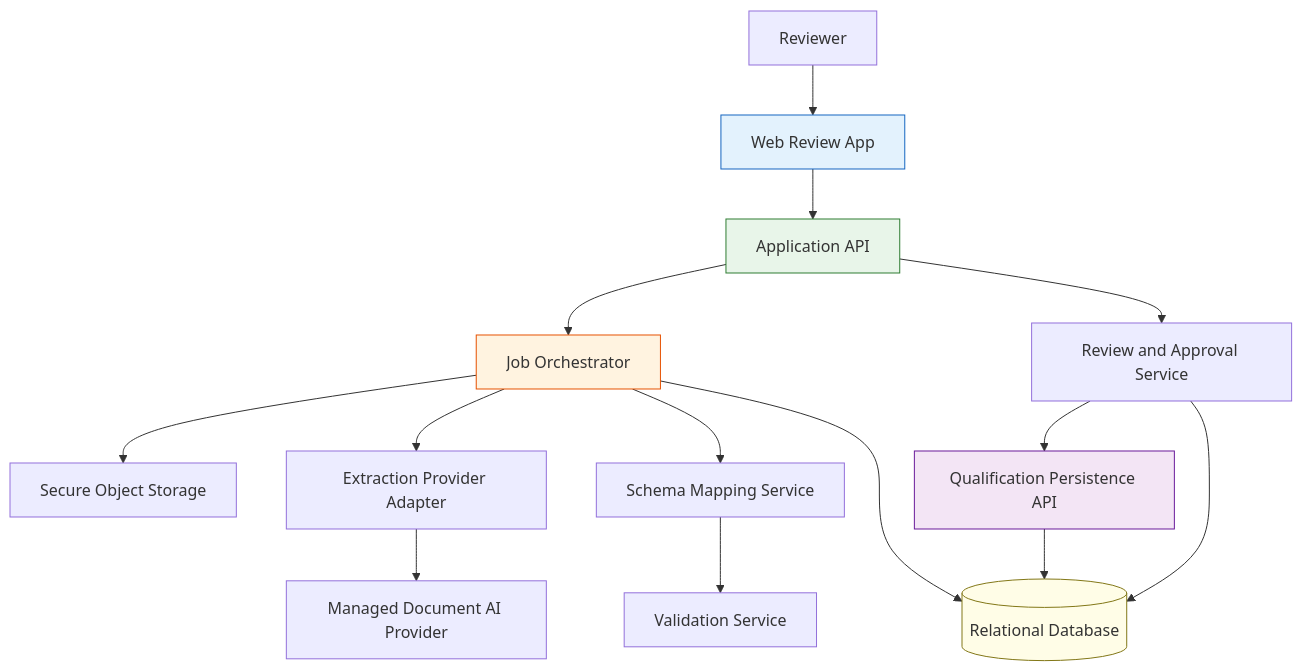
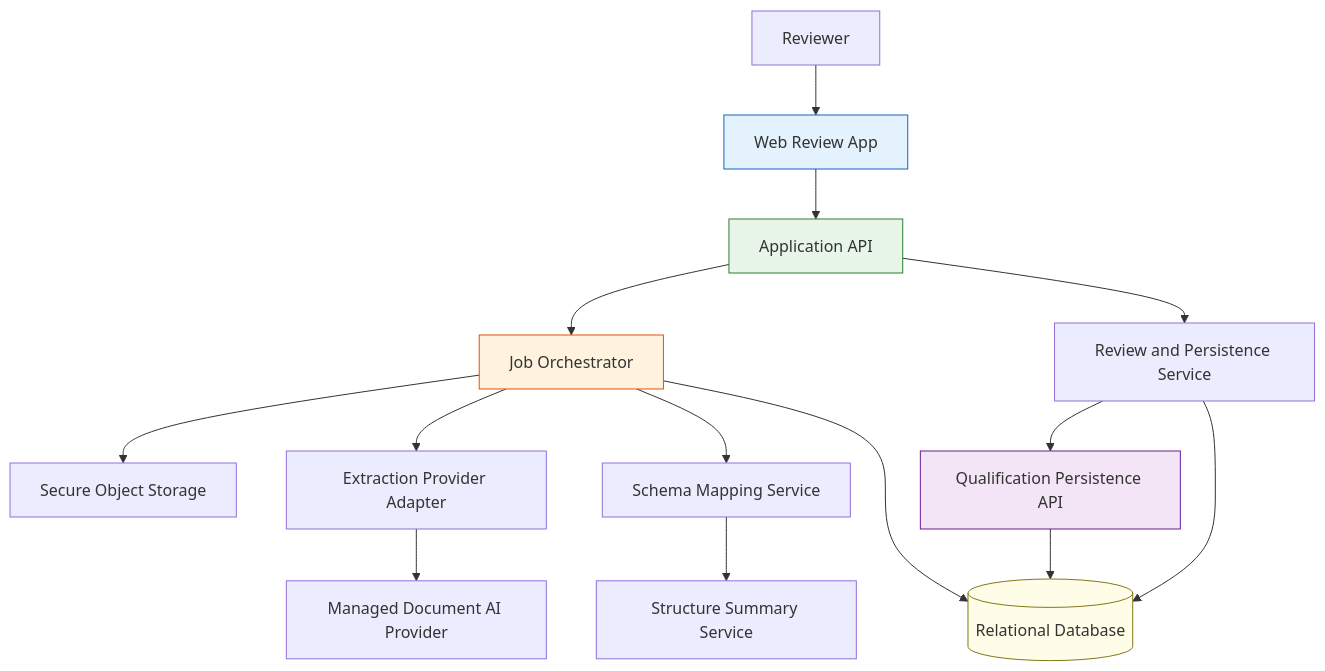
Before and after one commit to ranjivs64/QualsDemo: the first of 2 diagrams in docs/artifacts/adr/ADR-1.md, drawn with Mermaid. The commit also changed other lines of this file and 13 other files, not shown here.

````diff
--- a/docs/artifacts/adr/ADR-1.md
+++ b/docs/artifacts/adr/ADR-1.md
@@ -152,22 +152,22 @@
 ```mermaid
 graph TD
  U[Reviewer] --> W[Web Review App]
  W --> A[Application API]
  A --> J[Job Orchestrator]
- A --> R[Review and Approval Service]
+ A --> R[Review and Persistence Service]
  J --> S[Secure Object Storage]
  J --> X[Extraction Provider Adapter]
  X --> P[Managed Document AI Provider]
  J --> M[Schema Mapping Service]
- M --> V[Validation Service]
+ M --> V[Structure Summary Service]
  R --> Q[Qualification Persistence API]
  Q --> D[(Relational Database)]
  R --> D
  J --> D
 
  style W fill:#E3F2FD,stroke:#1565C0
  style A fill:#E8F5E9,stroke:#2E7D32
  style J fill:#FFF3E0,stroke:#E65100
  style Q fill:#F3E5F5,stroke:#6A1B9A
  style D fill:#FFFDE7,stroke:#827717
 ```
````
